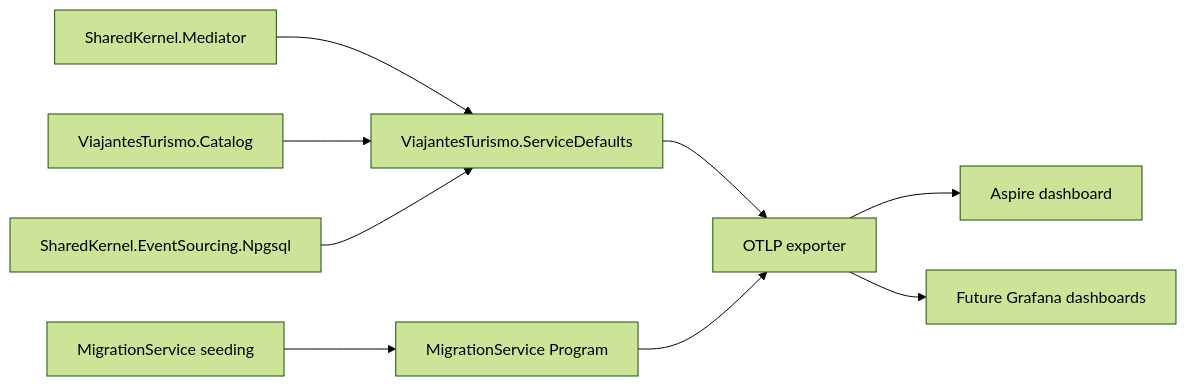
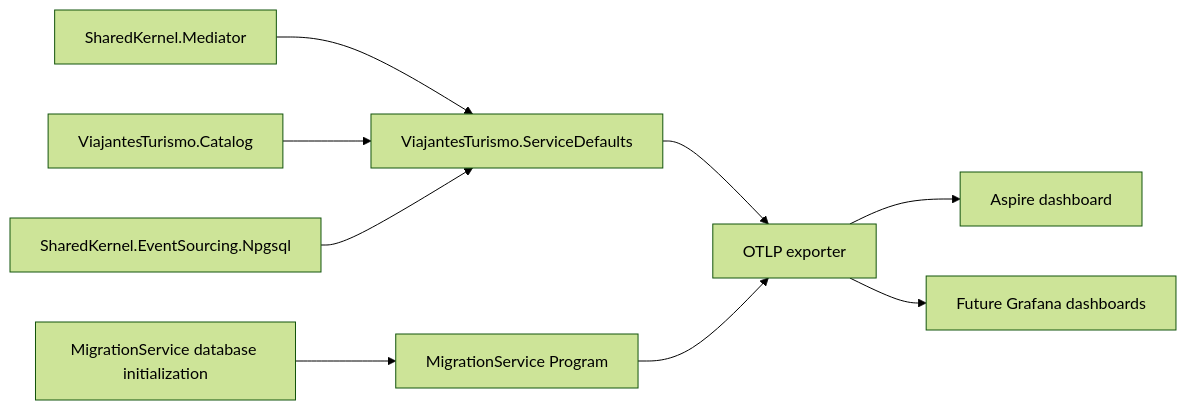
One commit to danigutsch/ViajantesTurismo changed the first of 2 diagrams in docs/architecture/observability-consumption-flows.md. Above: the diagram before and after it, drawn with Mermaid (forest theme). The commit also changed other lines of this file and 36 other files, not shown here.

````diff
--- a/docs/architecture/observability-consumption-flows.md
+++ b/docs/architecture/observability-consumption-flows.md
@@ -8,22 +8,22 @@
 ```mermaid
 flowchart LR
     mediator[SharedKernel.Mediator]
     catalog[ViajantesTurismo.Catalog]
     postgres[SharedKernel.EventSourcing.Npgsql]
-    migration[MigrationService seeding]
+    migration[MigrationService database initialization]
 
     defaults[ViajantesTurismo.ServiceDefaults]
     migrationStartup[MigrationService Program]
     otlp[OTLP exporter]
     aspire[Aspire dashboard]
     future[Future Grafana dashboards]
 
     mediator --> defaults
     catalog --> defaults
     postgres --> defaults
     migration --> migrationStartup
     defaults --> otlp
     migrationStartup --> otlp
     otlp --> aspire
     otlp --> future
 ```
````
